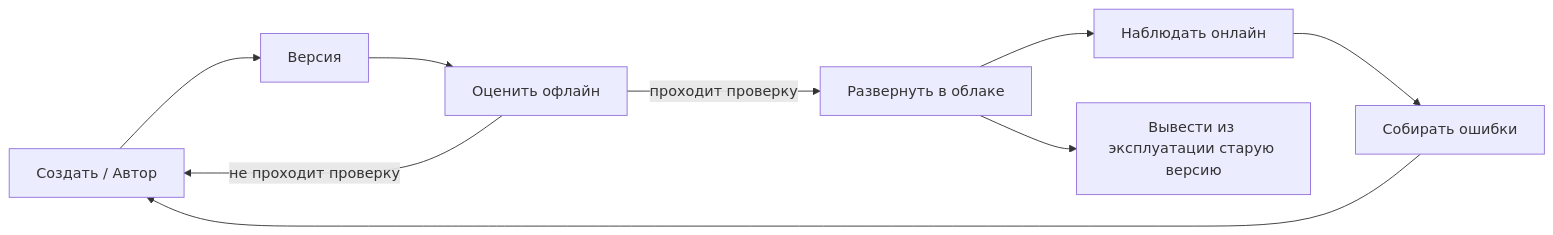
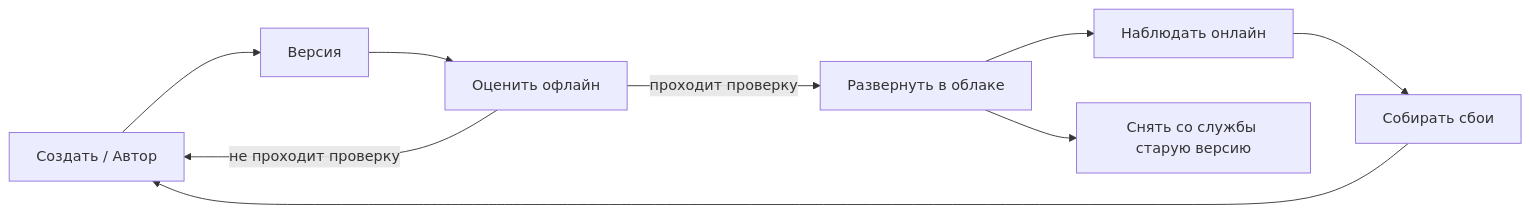
The second of 4 diagrams in mirrors/repos/microsoft@ai-agents-for-beginners/translations/ru/16-deploying-scalable-agents/README.md (gabrielmoreira/agent-skills-mirror), drawn with Mermaid before and after one commit. The commit also changed other lines of this file and 4262 other files, not shown here.

````diff
--- a/mirrors/repos/microsoft@ai-agents-for-beginners/translations/ru/16-deploying-scalable-agents/README.md
+++ b/mirrors/repos/microsoft@ai-agents-for-beginners/translations/ru/16-deploying-scalable-agents/README.md
@@ -108,11 +108,11 @@
 ```mermaid
 flowchart LR
     Create[Создать / Автор] --> Version[Версия]
     Version --> Evaluate[Оценить офлайн]
     Evaluate -->|проходит проверку| Deploy[Развернуть в облаке]
     Evaluate -->|не проходит проверку| Create
     Deploy --> Observe[Наблюдать онлайн]
-    Observe --> Improve[Собирать ошибки]
+    Observe --> Improve[Собирать сбои]
     Improve --> Create
-    Deploy --> Retire[Вывести из эксплуатации старую версию]
+    Deploy --> Retire[Снять со службы старую версию]
 ```
````
